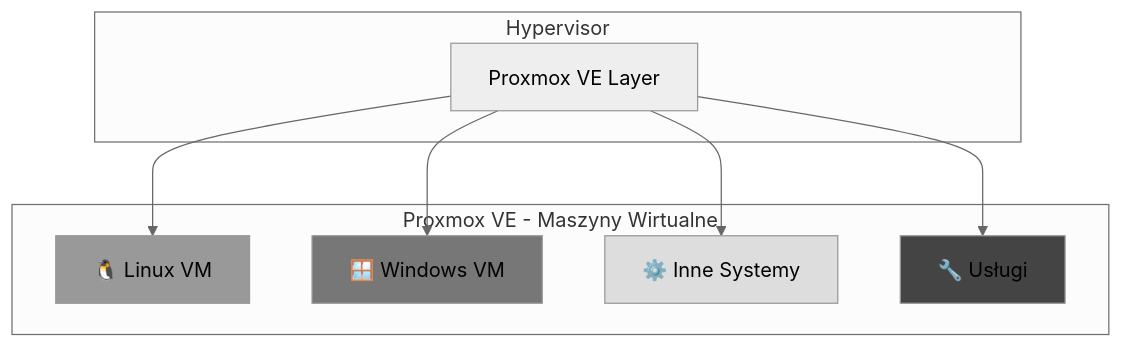
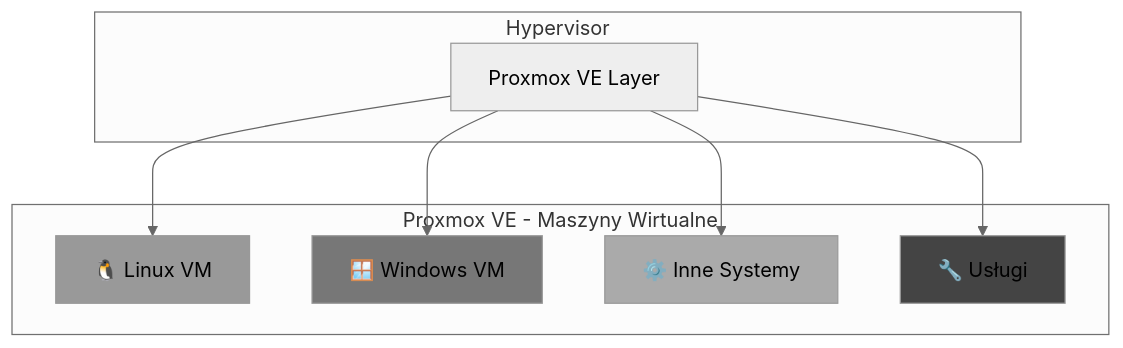
Before and after one commit to tom-sapletta-com/proxmox: the second of 4 diagrams in README.md, drawn with Mermaid (neutral theme). The commit also changed other lines of this file, not shown here.

````diff
--- a/README.md
+++ b/README.md
@@ -85,23 +85,23 @@
 ```mermaid
 graph TB
     subgraph "Proxmox VE - Maszyny Wirtualne"
         VM1[🐧 Linux VM]
         VM2[🪟 Windows VM]
         VM3[⚙️ Inne Systemy]
         VM4[🔧 Usługi]
     end
     
     subgraph "Hypervisor"
         PROX_LAYER[Proxmox VE Layer]
     end
     
     PROX_LAYER --> VM1
     PROX_LAYER --> VM2
     PROX_LAYER --> VM3
     PROX_LAYER --> VM4
     
     style VM1 fill:#999999
     style VM2 fill:#777777
-    style VM3 fill:#dddddd
+    style VM3 fill:#aaaaaa
     style VM4 fill:#444444
 ```
````
